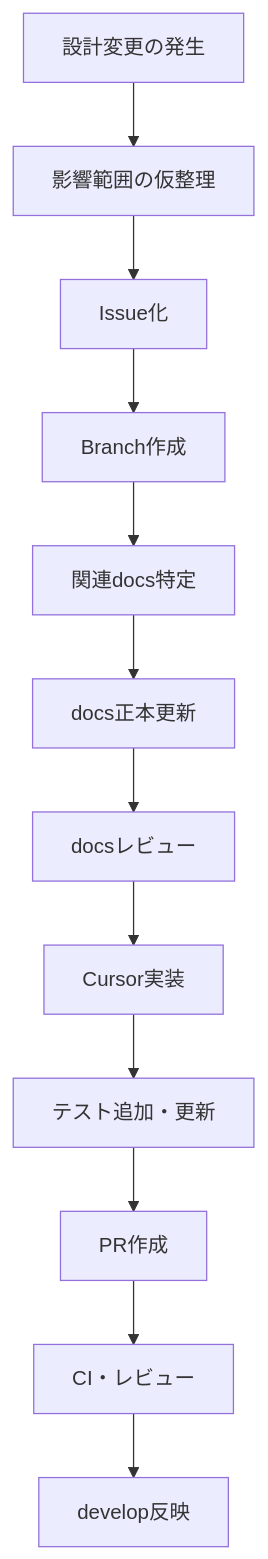
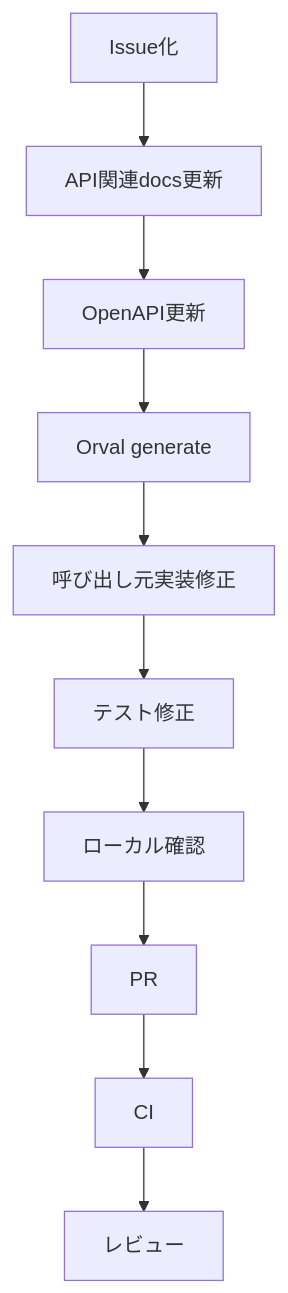
One commit to ryo-chan-k6/GiftRecommendAPP_MVP_CYCLE_3 changed the second of 3 diagrams in docs/05_アプリケーション設計/共通/DevOps方針書.md. Above: the diagram before and after it, drawn with Mermaid. The commit also changed other lines of this file, not shown here.

Commit message:
DevOps方針書を更新し、Gift Recommendation Service MVPの設計・開発・運用に関する方針を簡潔に整理。個人開発とAIエージェント活用を前提にした持続可能な開発運用の構築を目指し、開発スピードと品質の両立を強調。また、ドキュメントの構成を見直し、全体プロセスの可視化を図った。

````diff
--- a/docs/05_アプリケーション設計/共通/DevOps方針書.md
+++ b/docs/05_アプリケーション設計/共通/DevOps方針書.md
@@ -383,14 +326,12 @@
 ```mermaid
 flowchart TD
-    A[設計変更の発生] --> B[影響範囲の仮整理]
-    B --> C[Issue化]
-    C --> D[Branch作成]
-    D --> E[関連docs特定]
-    E --> F[docs正本更新]
-    F --> G[docsレビュー]
-    G --> H[Cursor実装]
-    H --> I[テスト追加・更新]
-    I --> J[PR作成]
-    J --> K[CI・レビュー]
-    K --> L[develop反映]
+    A["Issue化"] --> B["API関連docs更新"]
+    B --> C["OpenAPI更新"]
+    C --> D["Orval generate"]
+    D --> E["呼び出し元実装修正"]
+    E --> F["テスト修正"]
+    F --> G["ローカル確認"]
+    G --> H["PR"]
+    H --> I["CI"]
+    I --> J["レビュー"]
 ```
````
